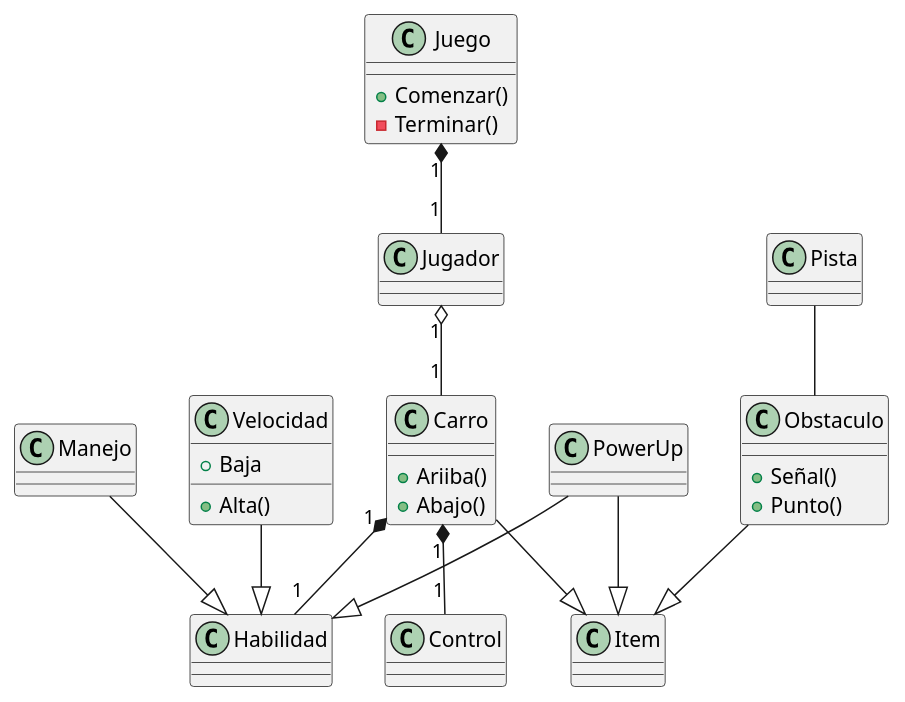
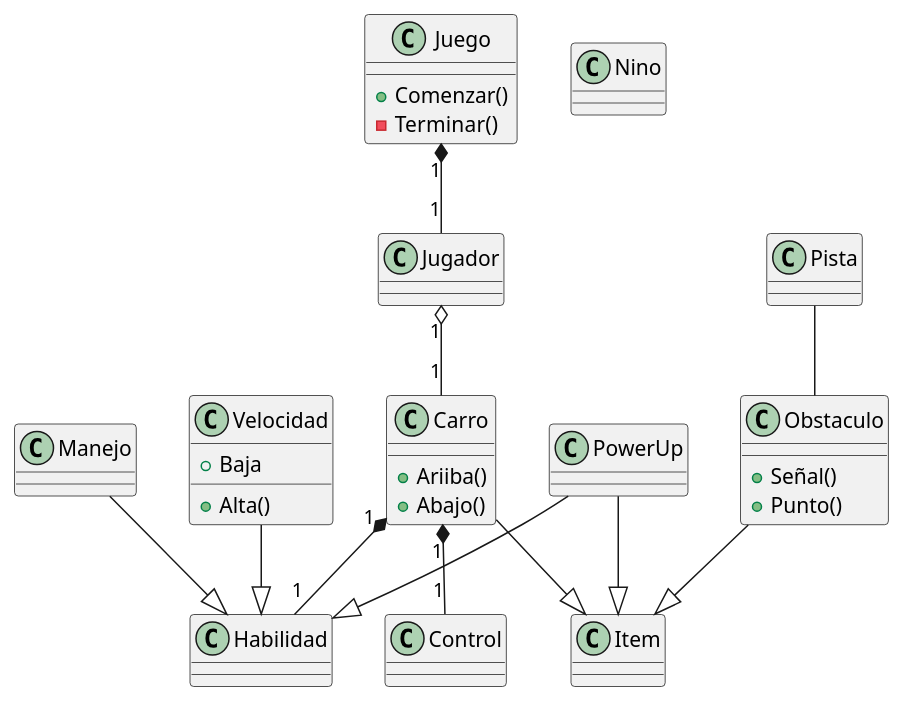
One commit to leofrancoceti/SpaceCar changed the diagram in docs/SpaceCar.puml. Above: the diagram before and after it, drawn with PlantUML.

Commit message:
Version 2

```diff
--- a/docs/SpaceCar.puml
+++ b/docs/SpaceCar.puml
@@ -1,45 +1,47 @@
 @startuml SpaceCar
 
 class Juego{
     + Comenzar()
     - Terminar()
 }
 class Jugador
 class Habilidad
 
 class Velocidad{
     + Alta()
     + Baja
 }
 class Manejo
 
 class PowerUp
 class Item
 
 class Carro{
     + Ariiba()
     + Abajo()
 }
 class Obstaculo{
     + Señal()
     + Punto()
 }
 class Pista
 
+class Nino
+
 Juego "1" *-- "1" Jugador
 Jugador "1" o-- "1" Carro
 Carro "1" *-- "1" Habilidad
 Carro "1" *-- "1" Control
 
 Carro --|> Item
 PowerUp --|> Item
 Obstaculo --|> Item
 
 PowerUp --|> Habilidad
 Manejo --|> Habilidad
 Velocidad --|> Habilidad
 
 Pista -- Obstaculo
 
 
 @enduml
```
